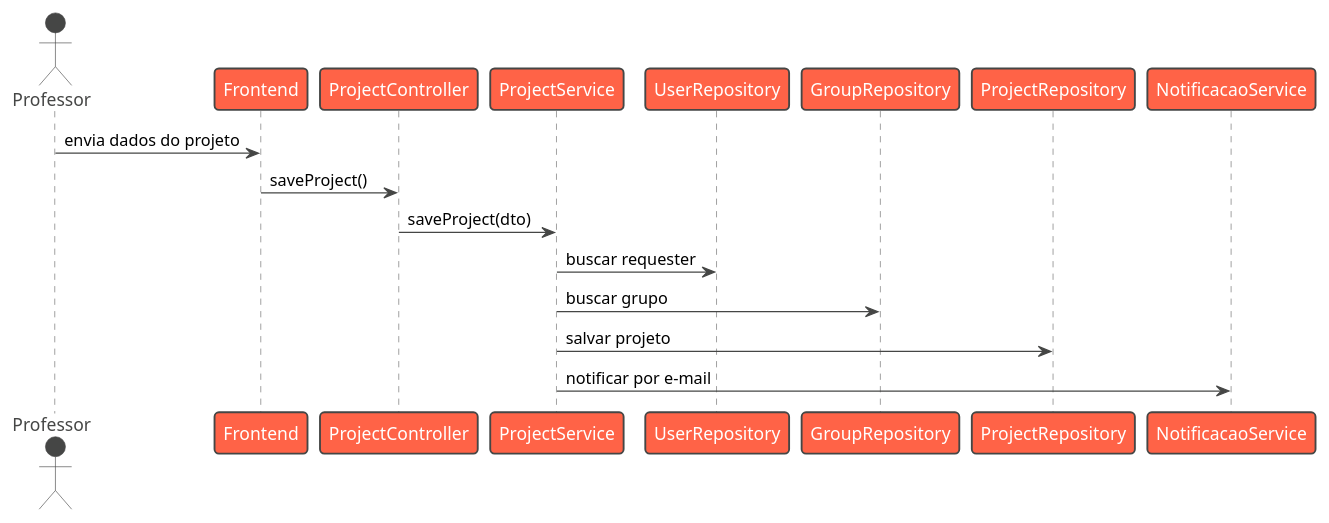
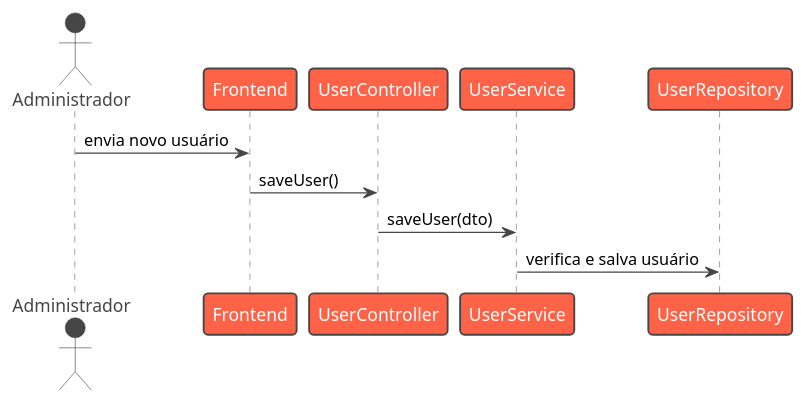
The diagram in management_service/src/main/java/ucsal/br/api/management_service/uml/Level4fluxo_usuario.puml (Trabalho-Arquitetura-de-Software/backend), drawn with PlantUML before and after one commit.

Commit message:
👤 Atualiza diagrama de sequência: fluxo de usuário

```diff
--- a/management_service/src/main/java/ucsal/br/api/management_service/uml/Level4fluxo_usuario.puml
+++ b/management_service/src/main/java/ucsal/br/api/management_service/uml/Level4fluxo_usuario.puml
@@ -1,19 +1,13 @@
 @startuml
 !theme vibrant
-actor Professor
+actor Administrador
 participant "Frontend" as FE
-participant "ProjectController" as PC
-participant "ProjectService" as PS
+participant "UserController" as UC
+participant "UserService" as US
 participant "UserRepository" as UR
-participant "GroupRepository" as GR
-participant "ProjectRepository" as PR
-participant "NotificacaoService" as NS
 
-Professor -> FE : envia dados do projeto
-FE -> PC : saveProject()
-PC -> PS : saveProject(dto)
-PS -> UR : buscar requester
-PS -> GR : buscar grupo
-PS -> PR : salvar projeto
-PS -> NS : notificar por e-mail
+Administrador -> FE : envia novo usuário
+FE -> UC : saveUser()
+UC -> US : saveUser(dto)
+US -> UR : verifica e salva usuário
 @enduml
```
